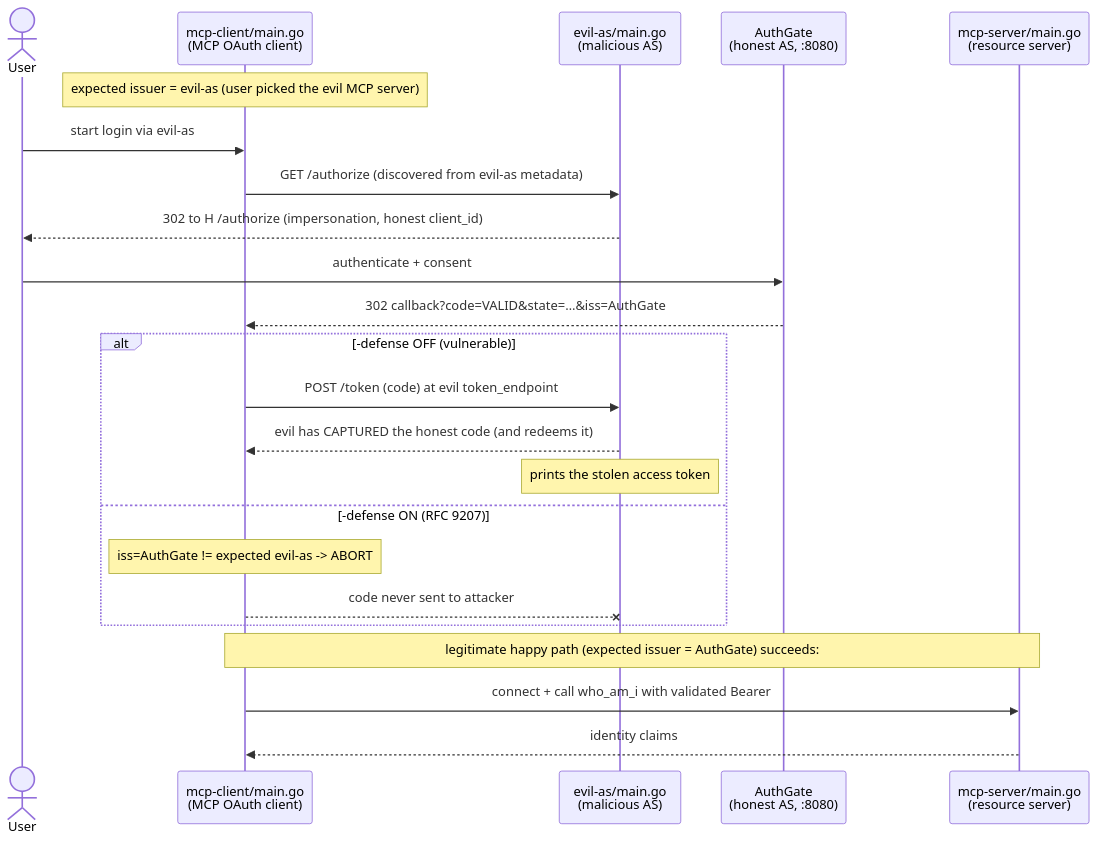
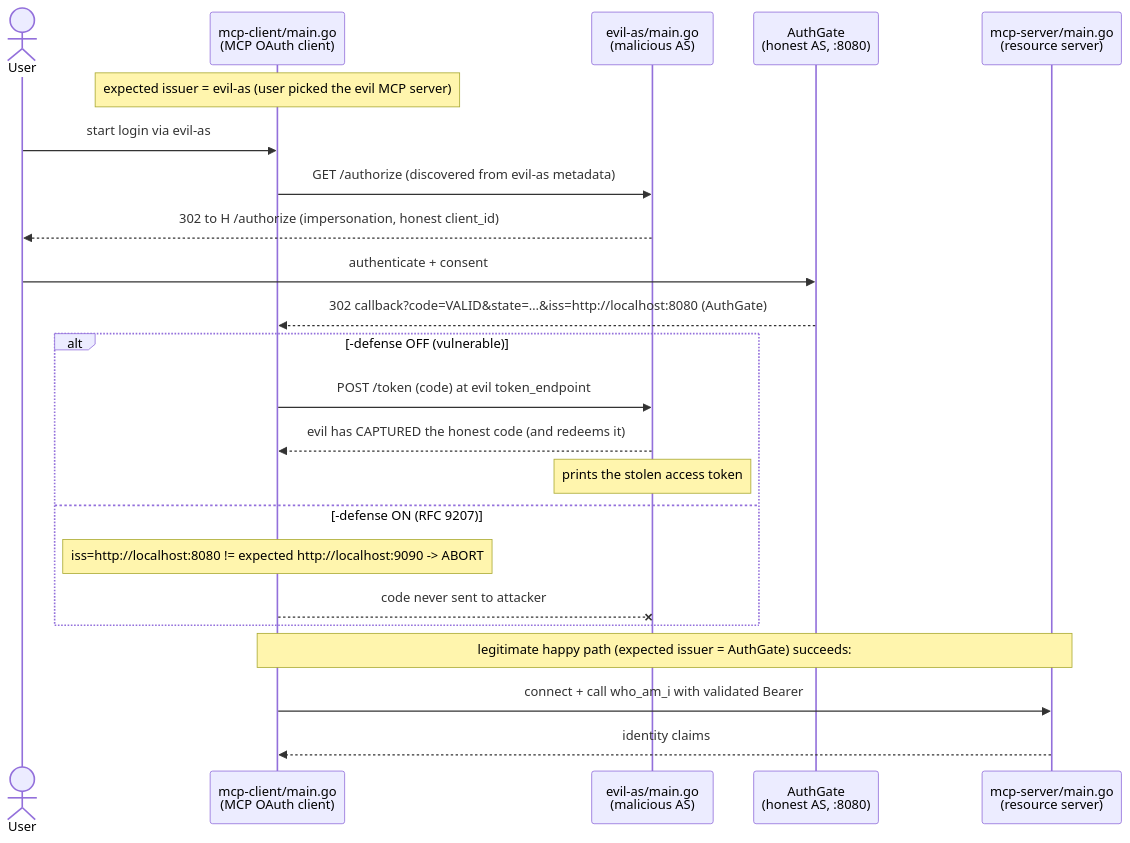
Before and after one commit to go-training/mcp-workshop: the diagram in 03-oauth-mcp/issuer-identification/README.md, drawn with Mermaid. The commit also changed 1 other file, not shown here.

Commit message:
docs(issuer-identification): fix client path and use issuer URLs in diagram
- Update the OAuth chapter README to reference the renamed mcp-client/
  directory instead of the removed client/ path
- Show the RFC 9207 iss value as the real issuer URL in the mix-up
  sequence diagram (callback and abort branch) so it matches the
  byte-for-byte URL comparison the client actually performs

````diff
--- a/03-oauth-mcp/issuer-identification/README.md
+++ b/03-oauth-mcp/issuer-identification/README.md
@@ -38,28 +38,28 @@
 ```mermaid
 sequenceDiagram
     actor User
     participant C as mcp-client/main.go<br/>(MCP OAuth client)
     participant E as evil-as/main.go<br/>(malicious AS)
     participant H as AuthGate<br/>(honest AS, :8080)
     participant M as mcp-server/main.go<br/>(resource server)
 
     Note over C: expected issuer = evil-as (user picked the evil MCP server)
     User->>C: start login via evil-as
     C->>E: GET /authorize (discovered from evil-as metadata)
     E-->>User: 302 to H /authorize (impersonation, honest client_id)
     User->>H: authenticate + consent
-    H-->>C: 302 callback?code=VALID&state=…&iss=AuthGate
+    H-->>C: 302 callback?code=VALID&state=…&iss=http://localhost:8080 (AuthGate)
 
     alt -defense OFF (vulnerable)
         C->>E: POST /token (code) at evil token_endpoint
         E-->>C: evil has CAPTURED the honest code (and redeems it)
         Note over E: prints the stolen access token
     else -defense ON (RFC 9207)
-        Note over C: iss=AuthGate != expected evil-as -> ABORT
+        Note over C: iss=http://localhost:8080 != expected http://localhost:9090 -> ABORT
         C--xE: code never sent to attacker
     end
 
     Note over C,M: legitimate happy path (expected issuer = AuthGate) succeeds:
     C->>M: connect + call who_am_i with validated Bearer
     M-->>C: identity claims
 ```
````
